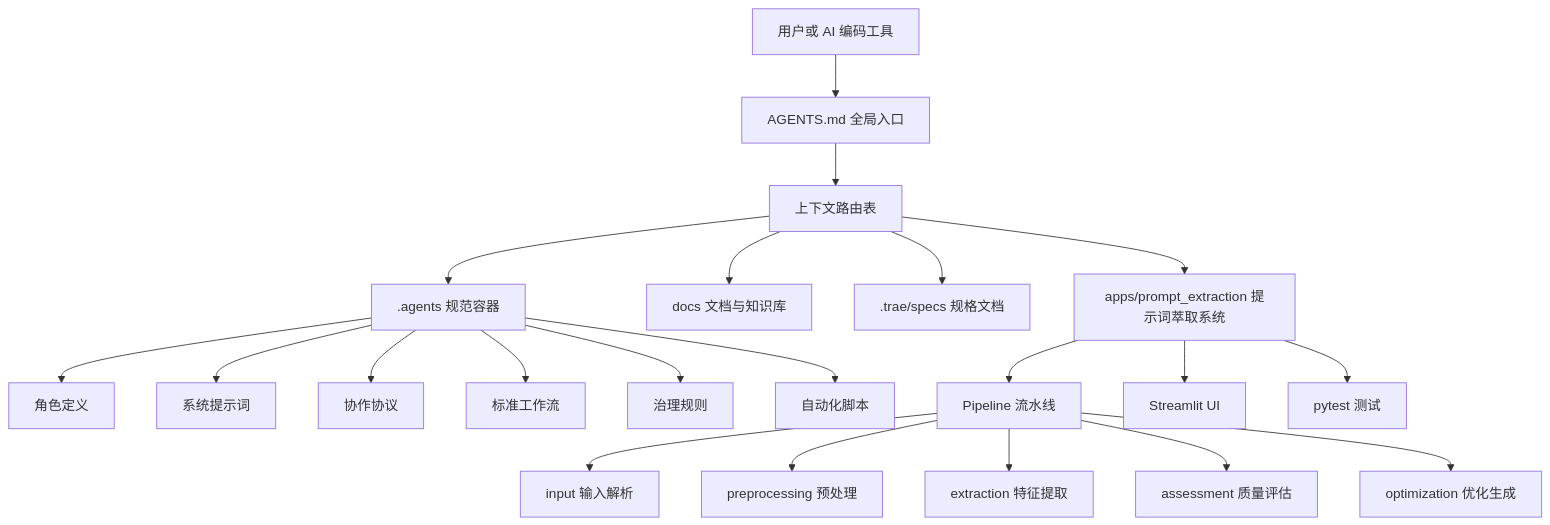
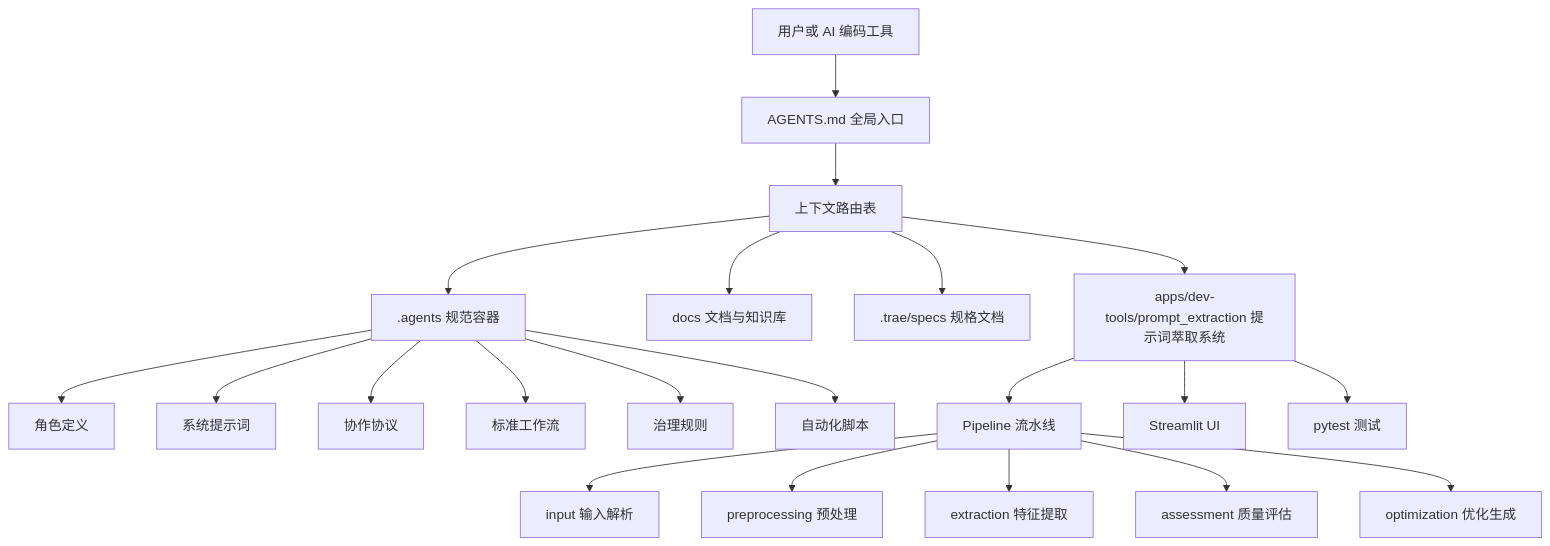
The first of 7 diagrams in .agents/docs/code-wiki/architecture.md (xinetzone/SpecWeave), drawn with Mermaid before and after one commit. The commit also changed other lines of this file and 640 other files, not shown here.

````diff
--- a/.agents/docs/code-wiki/architecture.md
+++ b/.agents/docs/code-wiki/architecture.md
@@ -7,23 +7,23 @@
 ```mermaid
 flowchart TB
     User["用户或 AI 编码工具"] --> Entry["AGENTS.md 全局入口"]
     Entry --> Router["上下文路由表"]
     Router --> Agents[".agents 规范容器"]
     Router --> Docs["docs 文档与知识库"]
     Router --> Specs[".trae/specs 规格文档"]
-    Router --> Prompt["apps/prompt_extraction 提示词萃取系统"]
+    Router --> Prompt["apps/dev-tools/prompt_extraction 提示词萃取系统"]
     Agents --> Roles["角色定义"]
     Agents --> Prompts["系统提示词"]
     Agents --> Protocols["协作协议"]
     Agents --> Workflows["标准工作流"]
     Agents --> Rules["治理规则"]
     Agents --> Scripts["自动化脚本"]
     Prompt --> Pipeline["Pipeline 流水线"]
     Pipeline --> Input["input 输入解析"]
     Pipeline --> Pre["preprocessing 预处理"]
     Pipeline --> Extract["extraction 特征提取"]
     Pipeline --> Assess["assessment 质量评估"]
     Pipeline --> Optimize["optimization 优化生成"]
     Prompt --> UI["Streamlit UI"]
     Prompt --> Tests["pytest 测试"]
 ```
````
